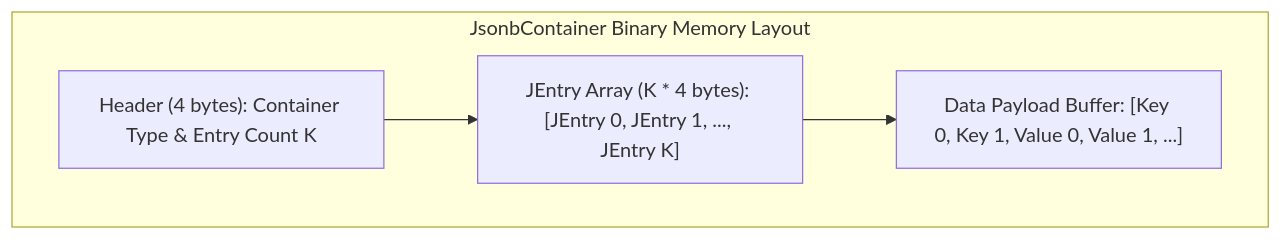
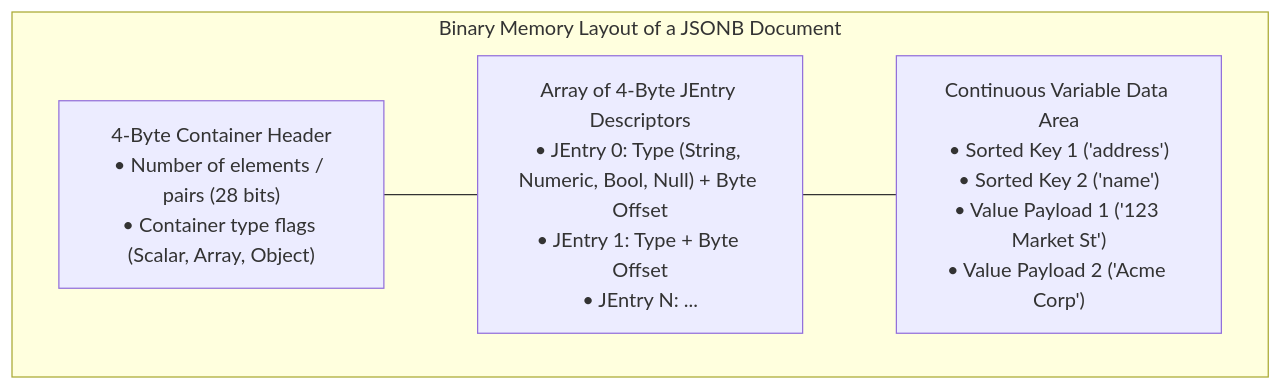
The first of 4 diagrams in technologies/postgres/modules/05-json-jsonb-and-full-text-search.md (espoem/zero-to-one), drawn with Mermaid before and after one commit. The commit also changed other lines of this file and 43 other files, not shown here.

````diff
--- a/technologies/postgres/modules/05-json-jsonb-and-full-text-search.md
+++ b/technologies/postgres/modules/05-json-jsonb-and-full-text-search.md
@@ -54,10 +23,10 @@
 ```mermaid
 flowchart TD
-    subgraph JsonbBinaryLayout["JsonbContainer Binary Memory Layout"]
-        Header["Header (4 bytes): Container Type & Entry Count K"]
-        JEntries["JEntry Array (K * 4 bytes): [JEntry 0, JEntry 1, ..., JEntry K]"]
-        DataBuffer["Data Payload Buffer: [Key 0, Key 1, Value 0, Value 1, ...]"]
+    subgraph JSONBLayout["Binary Memory Layout of a JSONB Document"]
+        Header["4-Byte Container Header<br/>• Number of elements / pairs (28 bits)<br/>• Container type flags (Scalar, Array, Object)"]
+        JEntryArray["Array of 4-Byte JEntry Descriptors<br/>• JEntry 0: Type (String, Numeric, Bool, Null) + Byte Offset<br/>• JEntry 1: Type + Byte Offset<br/>• JEntry N: ..."]
+        KeyData["Continuous Variable Data Area<br/>• Sorted Key 1 ('address')<br/>• Sorted Key 2 ('name')<br/>• Value Payload 1 ('123 Market St')<br/>• Value Payload 2 ('Acme Corp')"]
         
-        Header --> JEntries --> DataBuffer
+        Header --- JEntryArray --- KeyData
     end
 ```
````
